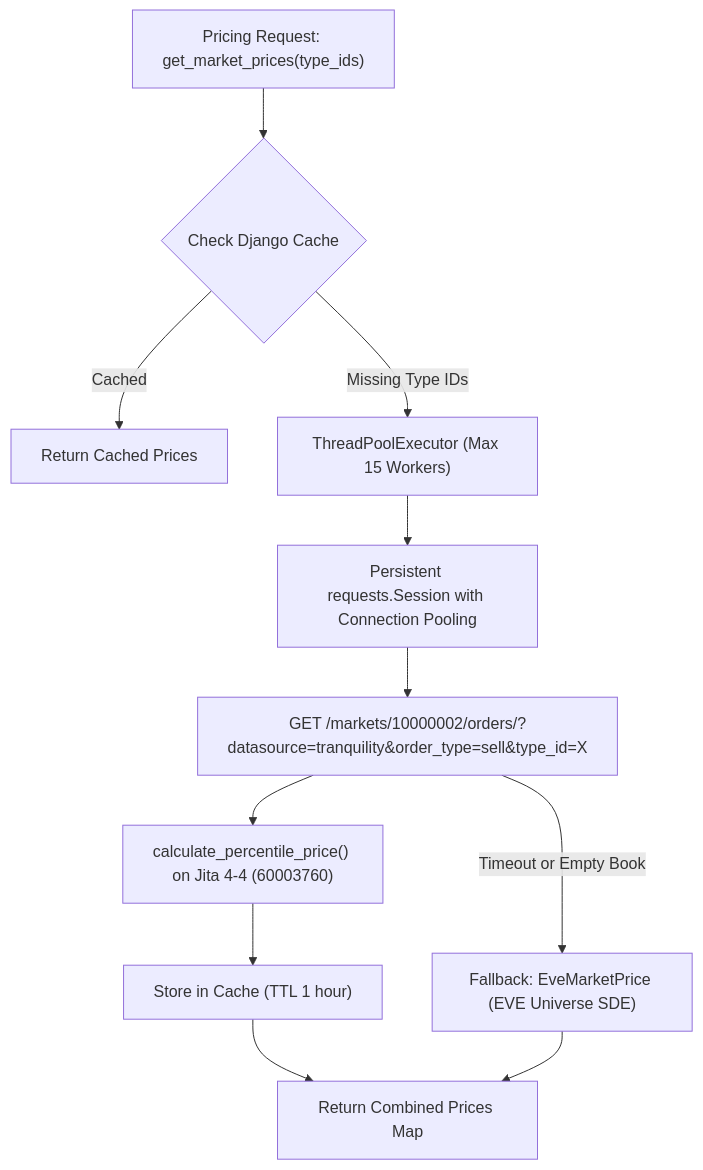
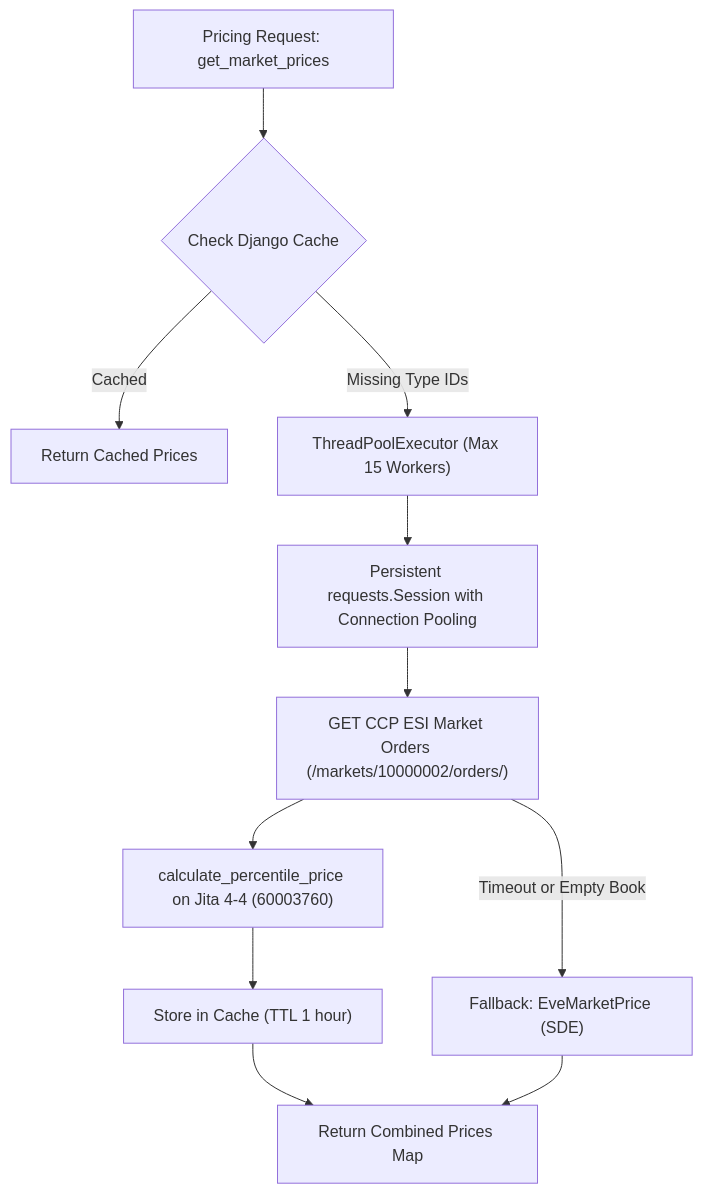
Before and after one commit to mbroekman/aa-industry: the diagram in backlog/docs/doc-14 - Direct-ESI-Market-Pricing-Architecture-and-Reference-Guide.md, drawn with Mermaid.

Commit message:
chore(docs): fix Mermaid diagram formatting in DOC-14

````diff
--- a/backlog/docs/doc-14 - Direct-ESI-Market-Pricing-Architecture-and-Reference-Guide.md
+++ b/backlog/docs/doc-14 - Direct-ESI-Market-Pricing-Architecture-and-Reference-Guide.md
@@ -31,13 +31,13 @@
 ```mermaid
-flowchart TD
-    A["Pricing Request: get_market_prices(type_ids)"] --> B{"Check Django Cache"}
+graph TD
+    A["Pricing Request: get_market_prices"] --> B{"Check Django Cache"}
     B -->|Cached| C["Return Cached Prices"]
     B -->|Missing Type IDs| D["ThreadPoolExecutor (Max 15 Workers)"]
     D --> E["Persistent requests.Session with Connection Pooling"]
-    E --> F["GET /markets/10000002/orders/?datasource=tranquility&order_type=sell&type_id=X"]
-    F --> G["calculate_percentile_price() on Jita 4-4 (60003760)"]
+    E --> F["GET CCP ESI Market Orders (/markets/10000002/orders/)"]
+    F --> G["calculate_percentile_price on Jita 4-4 (60003760)"]
     G --> H["Store in Cache (TTL 1 hour)"]
-    F -->|Timeout or Empty Book| I["Fallback: EveMarketPrice (EVE Universe SDE)"]
+    F -->|Timeout or Empty Book| I["Fallback: EveMarketPrice (SDE)"]
     H --> J["Return Combined Prices Map"]
     I --> J
 ```
````
